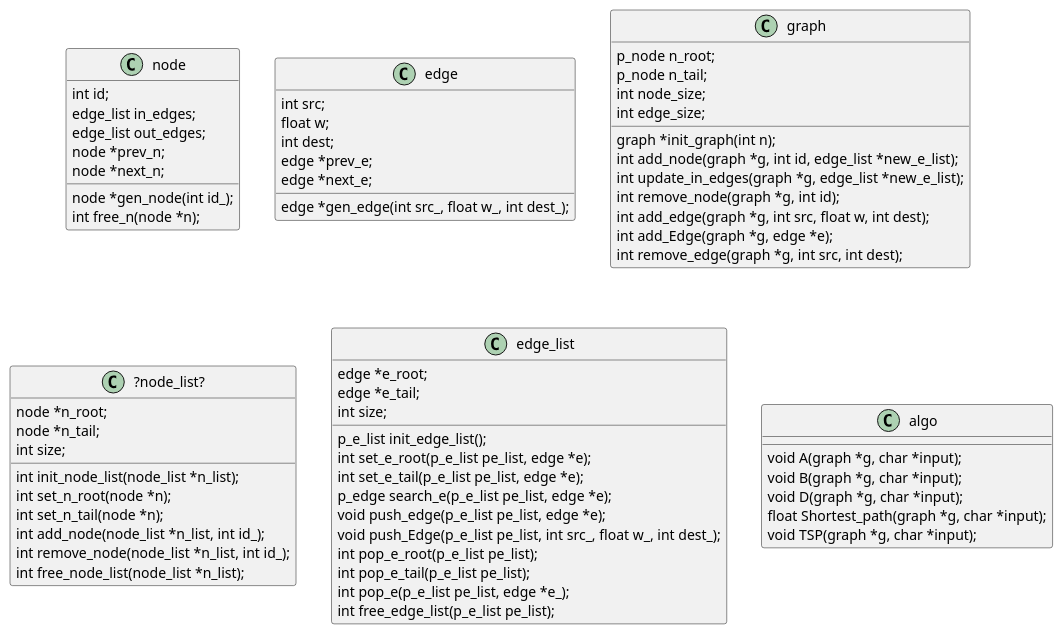
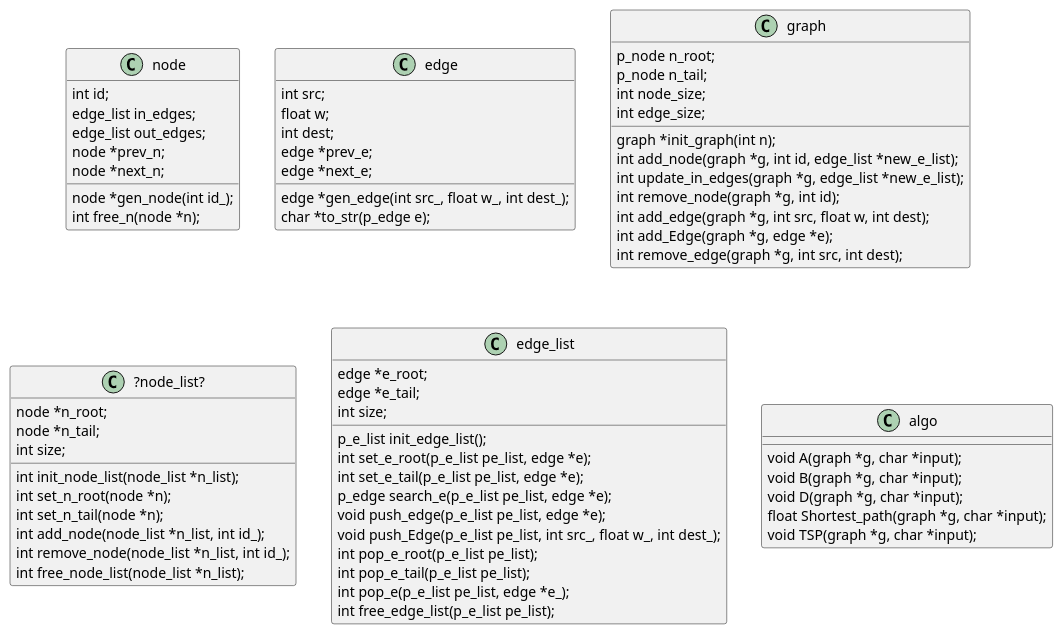
One commit to RF555/SofSys_Ex4 changed the diagram in Ex4_UML.puml. Above: the diagram before and after it, drawn with PlantUML. The commit also changed 3 other files, not shown here.

```diff
--- a/Ex4_UML.puml
+++ b/Ex4_UML.puml
@@ -1,78 +1,79 @@
 @startuml
 
 'graph -> edge_list
 'graph -> node_list
 'node_list --> node
 'edge_list --> edge
 'algo --> graph
 
 
 class node{
 int id;
 edge_list in_edges;
 edge_list out_edges;
 node *prev_n;
 node *next_n;
 node *gen_node(int id_);
 int free_n(node *n);
 }
 
 class edge{
 int src;
 float w;
 int dest;
 edge *prev_e;
 edge *next_e;
 edge *gen_edge(int src_, float w_, int dest_);
+char *to_str(p_edge e);
 }
 
 class graph{
 p_node n_root;
 p_node n_tail;
 int node_size;
 int edge_size;
 graph *init_graph(int n);
 int add_node(graph *g, int id, edge_list *new_e_list);
 int update_in_edges(graph *g, edge_list *new_e_list);
 int remove_node(graph *g, int id);
 int add_edge(graph *g, int src, float w, int dest);
 int add_Edge(graph *g, edge *e);
 int remove_edge(graph *g, int src, int dest);
 }
 
 class ?node_list?{
 node *n_root;
 node *n_tail;
 int size;
 int init_node_list(node_list *n_list);
 int set_n_root(node *n);
 int set_n_tail(node *n);
 int add_node(node_list *n_list, int id_);
 int remove_node(node_list *n_list, int id_);
 int free_node_list(node_list *n_list);
 }
 class edge_list{
 edge *e_root;
 edge *e_tail;
 int size;
 p_e_list init_edge_list();
 int set_e_root(p_e_list pe_list, edge *e);
 int set_e_tail(p_e_list pe_list, edge *e);
 p_edge search_e(p_e_list pe_list, edge *e);
 void push_edge(p_e_list pe_list, edge *e);
 void push_Edge(p_e_list pe_list, int src_, float w_, int dest_);
 int pop_e_root(p_e_list pe_list);
 int pop_e_tail(p_e_list pe_list);
 int pop_e(p_e_list pe_list, edge *e_);
 int free_edge_list(p_e_list pe_list);
 }
 
 class algo{
 void A(graph *g, char *input);
 void B(graph *g, char *input);
 void D(graph *g, char *input);
 float Shortest_path(graph *g, char *input);
 void TSP(graph *g, char *input);
 }
 
 @enduml
```
